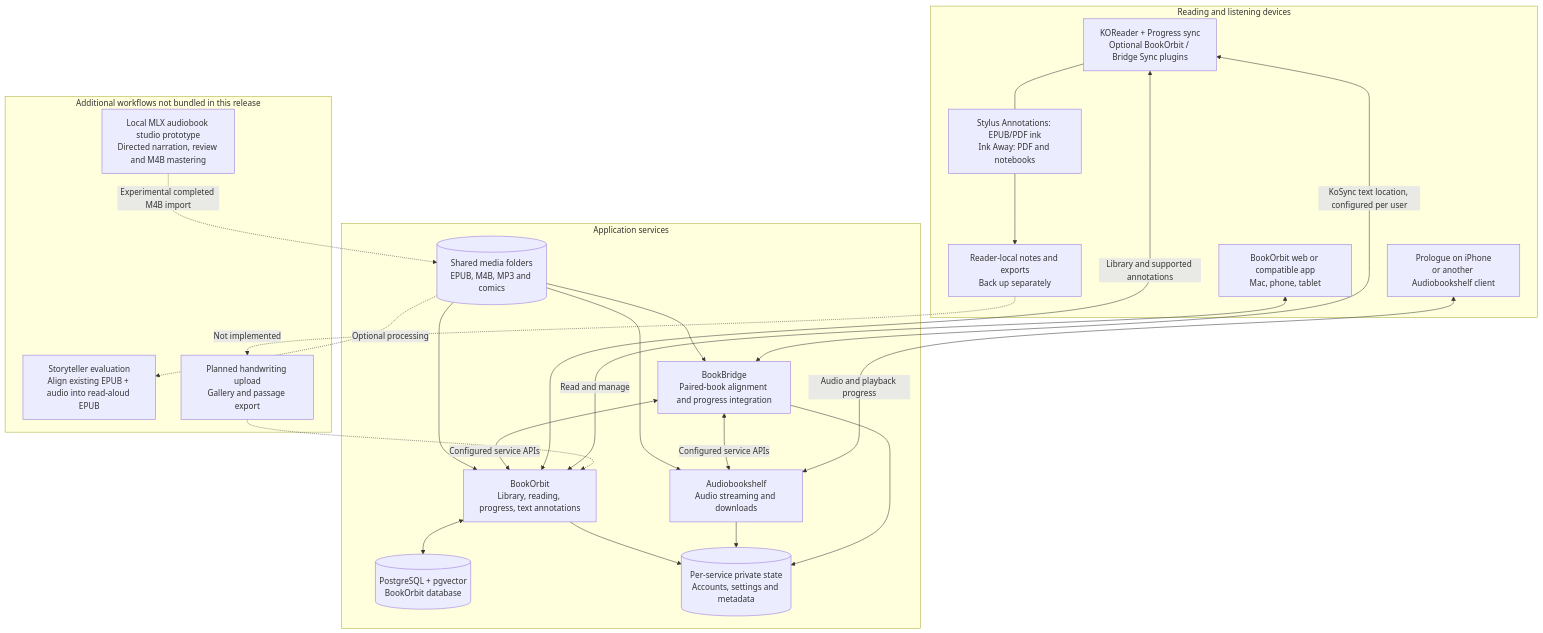
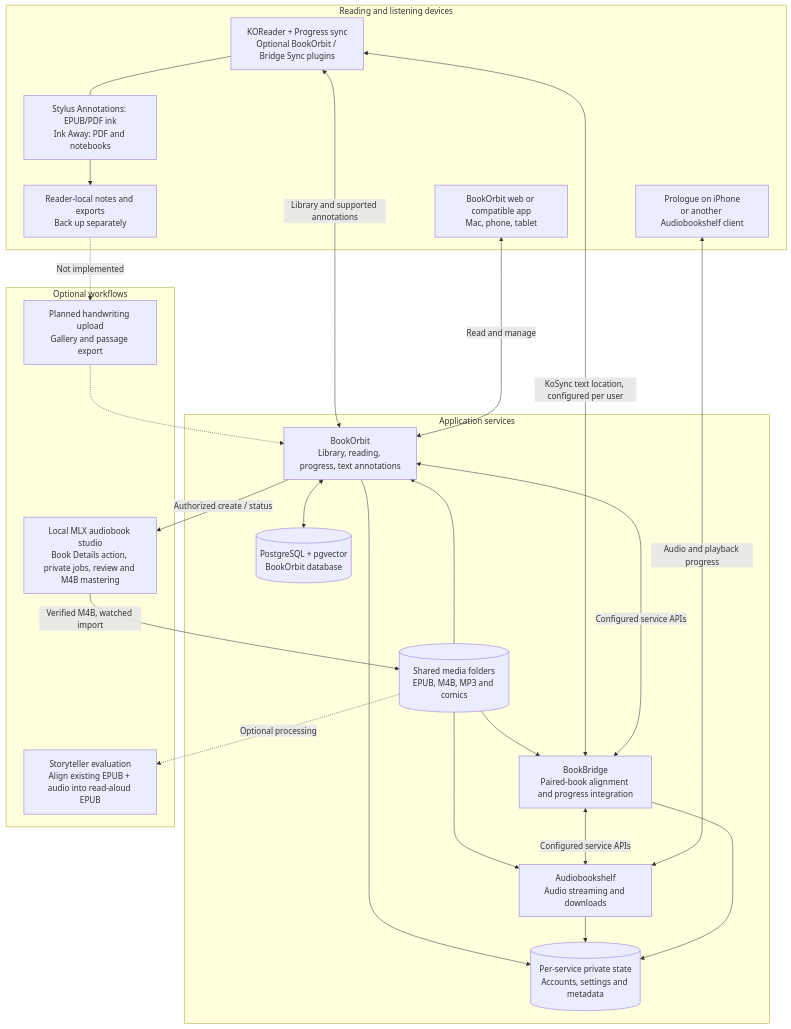
One commit to seshakiran/bookorbit-reading-stack changed the first of 3 diagrams in README.md. Above: the diagram before and after it, drawn with Mermaid. The commit also changed other lines of this file and 20 other files, not shown here.

Commit message:
Add native BookOrbit audiobook creation and existing-audio playback

````diff
--- a/README.md
+++ b/README.md
@@ -48,42 +49,43 @@
 ```mermaid
 flowchart TB
     subgraph Clients[Reading and listening devices]
         K["KOReader + Progress sync<br/>Optional BookOrbit / Bridge Sync plugins"]
         W["BookOrbit web or compatible app<br/>Mac, phone, tablet"]
         P["Prologue on iPhone<br/>or another Audiobookshelf client"]
         INK["Stylus Annotations: EPUB/PDF ink<br/>Ink Away: PDF and notebooks"]
         LOCAL["Reader-local notes and exports<br/>Back up separately"]
         INK --> LOCAL
         K --- INK
     end
     subgraph Services[Application services]
         B["BookOrbit<br/>Library, reading, progress, text annotations"]
         A["Audiobookshelf<br/>Audio streaming and downloads"]
         R["BookBridge<br/>Paired-book alignment and progress integration"]
         DB[("PostgreSQL + pgvector<br/>BookOrbit database")]
         STATE[("Per-service private state<br/>Accounts, settings and metadata")]
         MEDIA[("Shared media folders<br/>EPUB, M4B, MP3 and comics")]
         B <--> DB
         B --> STATE
         A --> STATE
         R --> STATE
         MEDIA --> B
         MEDIA --> A
         MEDIA --> R
         R <-->|Configured service APIs| B
         R <-->|Configured service APIs| A
     end
     K <-->|Library and supported annotations| B
     K <-->|KoSync text location, configured per user| R
     W <-->|Read and manage| B
     P <-->|Audio and playback progress| A
-    subgraph Future[Additional workflows not bundled in this release]
-        TTS["Local MLX audiobook studio prototype<br/>Directed narration, review and M4B mastering"]
+    subgraph Optional[Optional workflows]
+        TTS["Local MLX audiobook studio<br/>Book Details action, private jobs, review and M4B mastering"]
         ST["Storyteller evaluation<br/>Align existing EPUB + audio into read-aloud EPUB"]
         INKSYNC["Planned handwriting upload<br/>Gallery and passage export"]
     end
-    TTS -.->|Experimental completed M4B import| MEDIA
+    B -->|Authorized create / status| TTS
+    TTS -->|Verified M4B, watched import| MEDIA
     MEDIA -.->|Optional processing| ST
     LOCAL -.->|Not implemented| INKSYNC
     INKSYNC -.-> B
 ```
````
